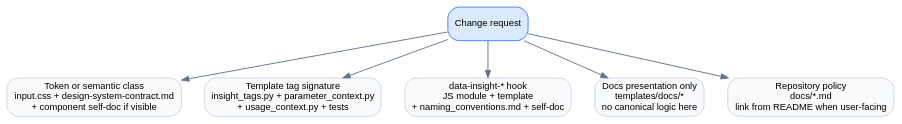
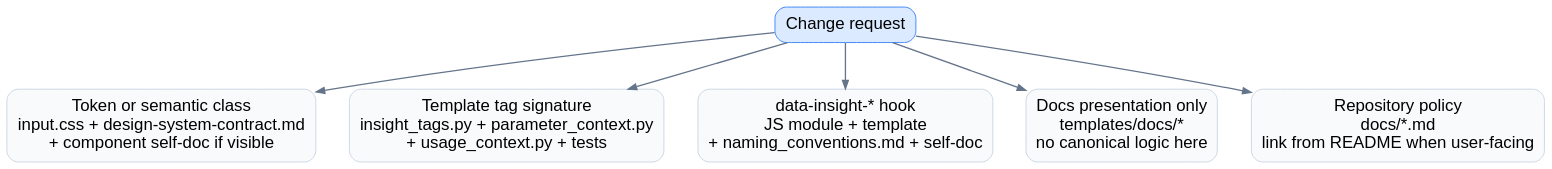
The third of 3 diagrams in docs/docs-architecture.md (alpininsight/insight-ui), drawn with Graphviz before and after one commit. The commit also changed other lines of this file, not shown here.

Commit message:
docs: improve documentation diagram readability

````diff
--- a/docs/docs-architecture.md
+++ b/docs/docs-architecture.md
@@ -132,20 +132,20 @@
 ```dot
 digraph G {
-  graph [rankdir=TB, bgcolor="transparent", pad="0.4", nodesep="0.35", ranksep="0.55"];
-  node [shape=box, style="rounded,filled", fillcolor="#F8FAFC", color="#CBD5E1", fontname="Arial", fontsize=10];
-  edge [color="#64748B", arrowsize=0.8];
+  graph [rankdir=TB, bgcolor="transparent", pad="0.4", nodesep="0.5", ranksep="0.7"];
+  node [shape=box, style="rounded,filled", fillcolor="#F8FAFC", color="#CBD5E1", fontname="Arial", fontsize=18, margin="0.16,0.12"];
+  edge [color="#64748B", arrowsize=0.9, penwidth=1.4];
 
   change [label="Change request", fillcolor="#DBEAFE", color="#3B82F6"];
   token [label="Token or semantic class\ninput.css + design-system-contract.md\n+ component self-doc if visible"];
   tag [label="Template tag signature\ninsight_tags.py + parameter_context.py\n+ usage_context.py + tests"];
   hook [label="data-insight-* hook\nJS module + template\n+ naming_conventions.md + self-doc"];
   presentation [label="Docs presentation only\ntemplates/docs/*\nno canonical logic here"];
   policy [label="Repository policy\ndocs/*.md\nlink from README when user-facing"];
 
   change -> token;
   change -> tag;
   change -> hook;
   change -> presentation;
   change -> policy;
 }
 ```
````
